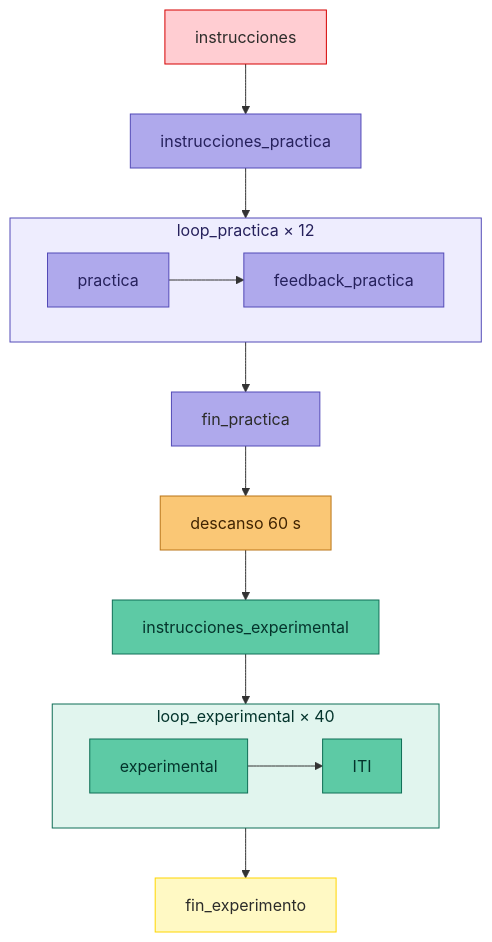
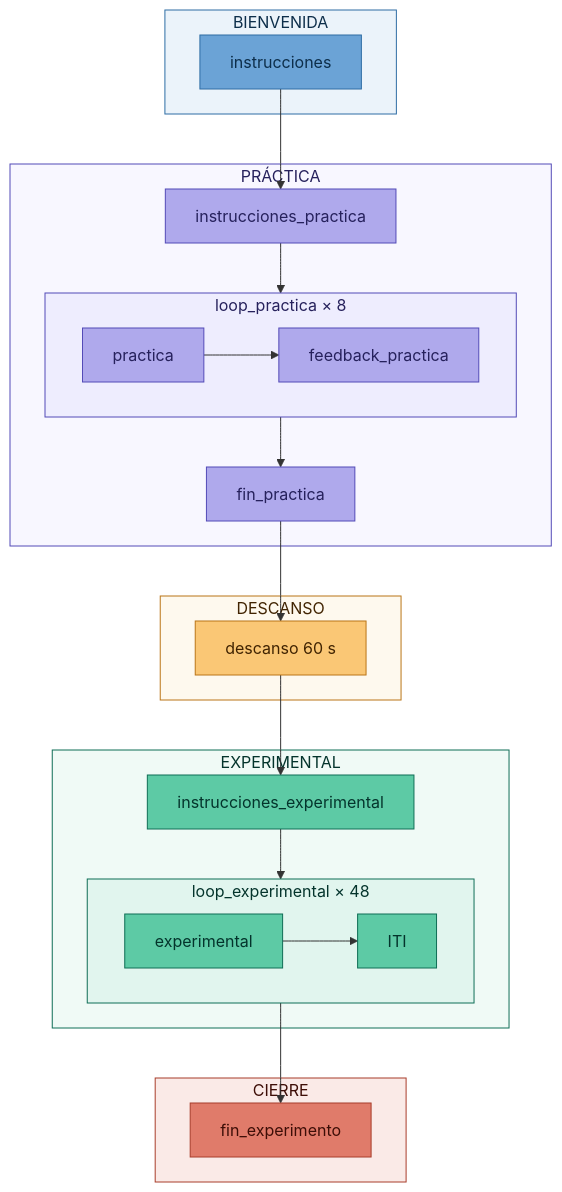
One commit to mlandaf/taller_2_atencion changed the diagram in readme.md. Above: the diagram before and after it, drawn with Mermaid. The commit also changed 1 other file, not shown here.

Commit message:
cambios del README y docs

````diff
--- a/readme.md
+++ b/readme.md
@@ -74,33 +74,50 @@
 ```mermaid
-flowchart TB
- subgraph LP["loop_practica × 12"]
-        FP["feedback_practica"]
-        P["practica"]
-  end
- subgraph LE["loop_experimental × 40"]
-        ITI["ITI"]
-        EX["experimental"]
-  end
-    A["instrucciones"] --> B["instrucciones_practica"]
-    B --> LP
-    P --> FP
-    LP --> C["fin_practica"]
-    C --> D["descanso 60 s"]
-    D --> E["instrucciones_experimental"]
-    E --> LE
-    EX --> ITI
-    LE --> F["fin_experimento"]
+flowchart TD
+    subgraph SB[BIENVENIDA]
+        A[instrucciones]
+    end
+    subgraph SP[PRÁCTICA]
+        B[instrucciones_practica]
+        B --> LP
+        subgraph LP[loop_practica × 8]
+            P[practica] --> FP[feedback_practica]
+        end
+        LP --> C[fin_practica]
+    end
+    subgraph SD[DESCANSO]
+        D[descanso 60 s]
+    end
+    subgraph SE[EXPERIMENTAL]
+        E[instrucciones_experimental]
+        E --> LE
+        subgraph LE[loop_experimental × 48]
+            EX[experimental] --> ITI[ITI]
+        end
+    end
+    subgraph SC[CIERRE]
+        F[fin_experimento]
+    end
 
+    A --> B
+    C --> D
+    D --> E
+    LE --> F
+
+    style A  fill:#6BA3D6,stroke:#2E6DA4,color:#0D2E4A
+    style F  fill:#E07B6A,stroke:#A83D2B,color:#3D0E07
+    style D  fill:#FAC775,stroke:#BA7517,color:#412402
+    style B  fill:#AFA9EC,stroke:#534AB7,color:#26215C
+    style C  fill:#AFA9EC,stroke:#534AB7,color:#26215C
+    style LP fill:#EEEDFE,stroke:#534AB7,color:#26215C
+    style P  fill:#AFA9EC,stroke:#534AB7,color:#26215C
     style FP fill:#AFA9EC,stroke:#534AB7,color:#26215C
-    style P  fill:#AFA9EC,stroke:#534AB7,color:#26215C
-    style ITI fill:#5DCAA5,stroke:#0F6E56,color:#04342C
-    style EX fill:#5DCAA5,stroke:#0F6E56,color:#04342C
-    style A  fill:#D3D1C7,stroke:#D50000,color:#2C2C2A,fill:#FFCDD2
-    style B  fill:#AFA9EC,stroke:#534AB7,color:#26215C
-    style LP fill:#EEEDFE,stroke:#534AB7,color:#26215C
-    style C  fill:#D3D1C7,stroke:#534AB7,color:#2C2C2A,fill:#AFA9EC
-    style D  fill:#FAC775,stroke:#BA7517,color:#412402
     style E  fill:#5DCAA5,stroke:#0F6E56,color:#04342C
     style LE fill:#E1F5EE,stroke:#0F6E56,color:#04342C
-    style F  fill:#D3D1C7,stroke:#FFD600,color:#2C2C2A,fill:#FFF9C4
+    style EX fill:#5DCAA5,stroke:#0F6E56,color:#04342C
+    style ITI fill:#5DCAA5,stroke:#0F6E56,color:#04342C
+    style SB fill:#EBF3FA,stroke:#2E6DA4,color:#0D2E4A
+    style SP fill:#F8F7FF,stroke:#534AB7,color:#26215C
+    style SD fill:#FEF9EE,stroke:#BA7517,color:#412402
+    style SE fill:#F0FAF6,stroke:#0F6E56,color:#04342C
+    style SC fill:#FAEAE7,stroke:#A83D2B,color:#3D0E07
 ```
````
